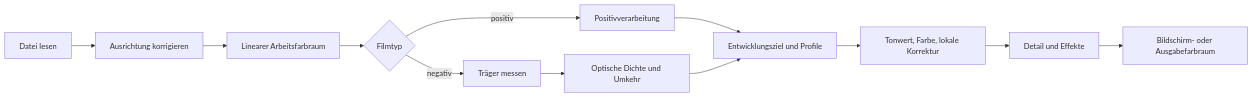
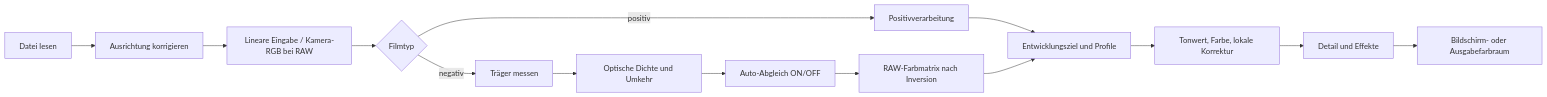
Before and after one commit to habinsong/negaflow: the diagram in docs/de/product/CHROMA_ENGINE.md, drawn with Mermaid. The commit also changed other lines of this file and 142 other files, not shown here.

````diff
--- a/docs/de/product/CHROMA_ENGINE.md
+++ b/docs/de/product/CHROMA_ENGINE.md
@@ -28,14 +28,14 @@
 ```mermaid
 flowchart LR
     A["Datei lesen"] --> B["Ausrichtung korrigieren"]
-    B --> C["Linearer Arbeitsfarbraum"]
+    B --> C["Lineare Eingabe / Kamera-RGB bei RAW"]
     C --> D{"Filmtyp"}
     D -->|positiv| E["Positivverarbeitung"]
     D -->|negativ| F["Träger messen"]
     F --> G["Optische Dichte und Umkehr"]
     E --> H["Entwicklungsziel und Profile"]
-    G --> H
+    G --> AB["Auto-Abgleich ON/OFF"] --> M["RAW-Farbmatrix nach Inversion"] --> H
     H --> I["Tonwert, Farbe, lokale Korrektur"]
     I --> J["Detail und Effekte"]
     J --> K["Bildschirm- oder Ausgabefarbraum"]
 ```
````
